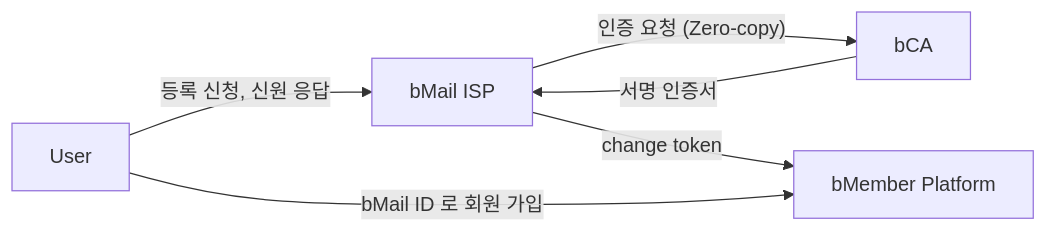
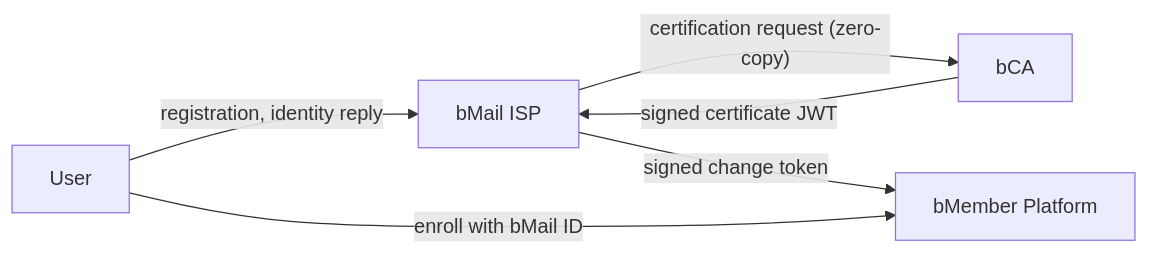
One commit to sundonam/bmail_test changed the diagram in README.md. Above: the diagram before and after it, drawn with Mermaid. The commit also changed other lines of this file, not shown here.

````diff
--- a/README.md
+++ b/README.md
@@ -26,13 +36,13 @@
 ```mermaid
 flowchart LR
     U[User]
     I[bMail ISP]
     C[bCA]
     P[bMember Platform]
 
-    U -- 등록 신청, 신원 응답 --> I
-    I -- 인증 요청 (Zero-copy) --> C
-    C -- 서명 인증서 --> I
-    I -- change token --> P
-    U -- bMail ID 로 회원 가입 --> P
+    U -- registration, identity reply --> I
+    I -- certification request (zero-copy) --> C
+    C -- signed certificate JWT --> I
+    I -- signed change token --> P
+    U -- enroll with bMail ID --> P
 ```
````
